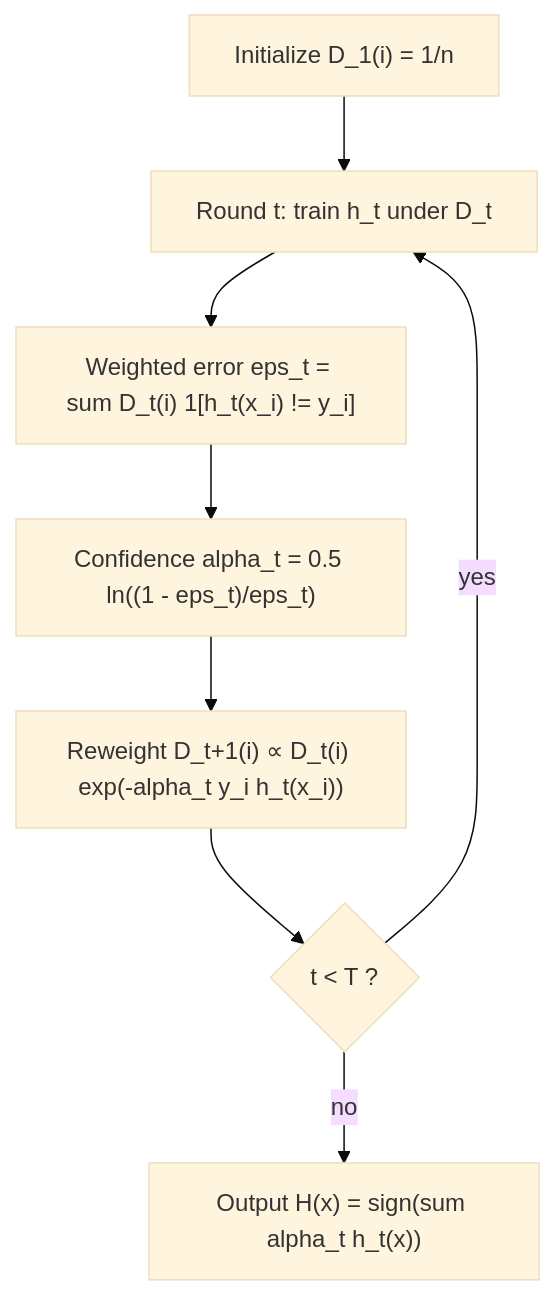
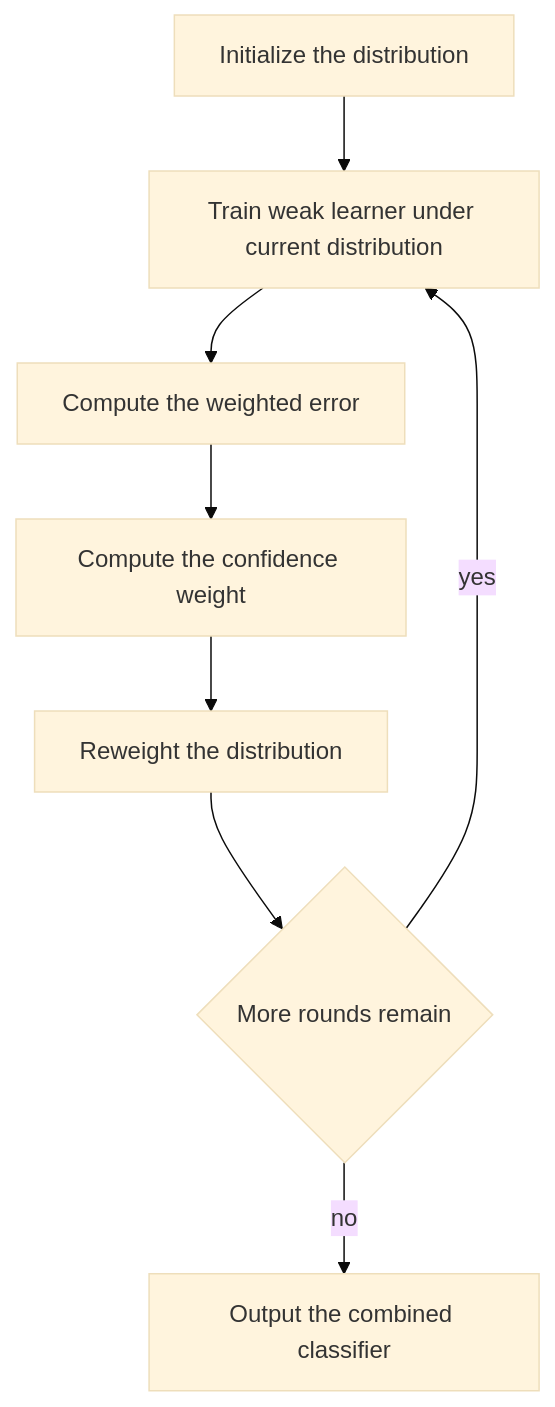
Before and after one commit to mikenguyen13/ai_in_action: the diagram in 105-adaboost.qmd, drawn with Mermaid (base theme). The commit also changed other lines of this file and 52 other files, not shown here.

Commit message:
Fix Mermaid rendering in 22 chapters: remove ampersands and br tags from node labels, move detail to tables

````diff
--- a/105-adaboost.qmd
+++ b/105-adaboost.qmd
@@ -162,10 +162,10 @@
 ```{mermaid}
 flowchart TD
-    A["Initialize D_1(i) = 1/n"] --> B["Round t: train h_t under D_t"]
-    B --> C["Weighted error eps_t = sum D_t(i) 1[h_t(x_i) != y_i]"]
-    C --> D["Confidence alpha_t = 0.5 ln((1 - eps_t)/eps_t)"]
-    D --> E["Reweight D_t+1(i) ∝ D_t(i) exp(-alpha_t y_i h_t(x_i))"]
-    E --> F{"t < T ?"}
+    A["Initialize the distribution"] --> B["Train weak learner under current distribution"]
+    B --> C["Compute the weighted error"]
+    C --> D["Compute the confidence weight"]
+    D --> E["Reweight the distribution"]
+    E --> F{"More rounds remain"}
     F -->|yes| B
-    F -->|no| G["Output H(x) = sign(sum alpha_t h_t(x))"]
+    F -->|no| G["Output the combined classifier"]
 ```
````
